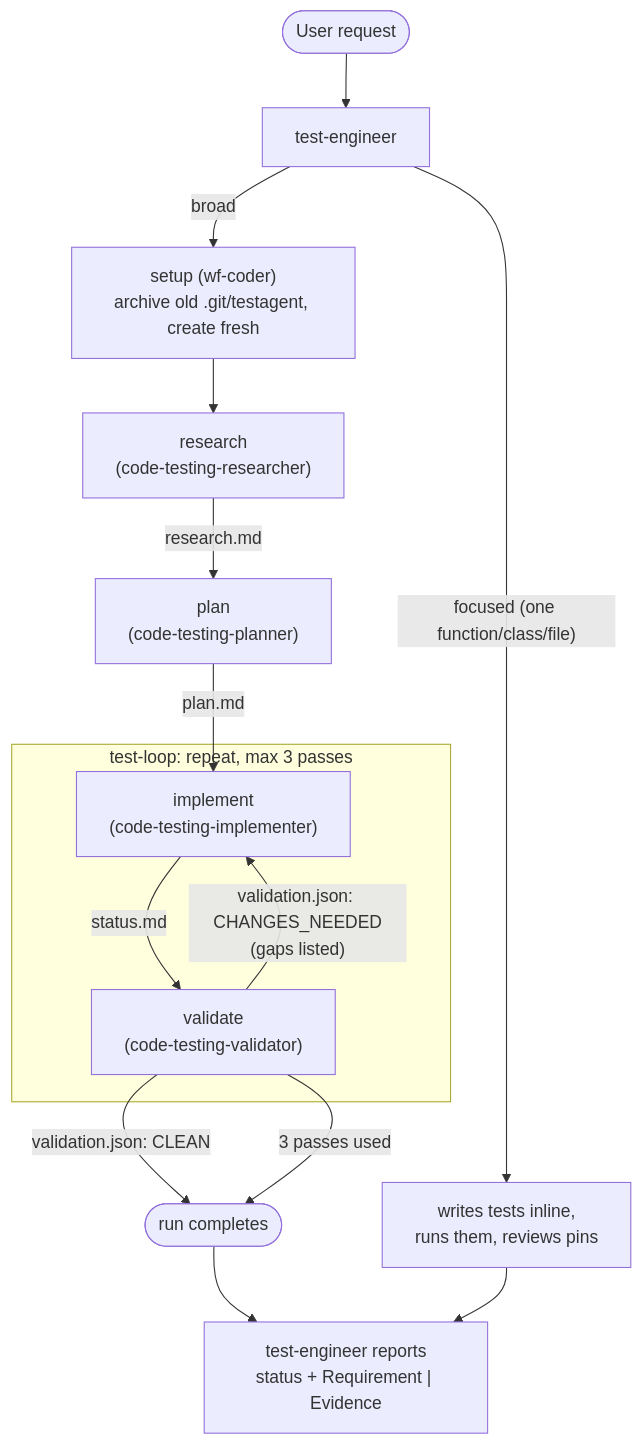
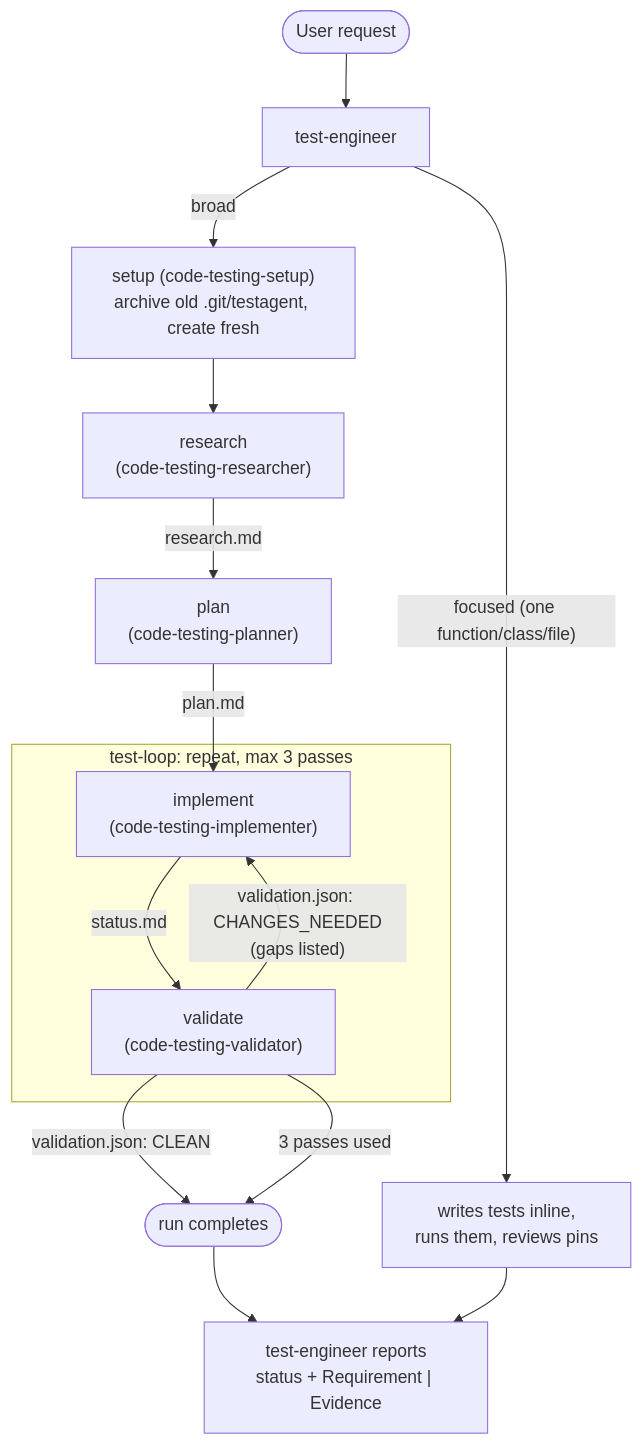
Before and after one commit to dwalleck/kiro-starter-kit: the diagram in plugins/dotnet-test-creator-v4/README.md, drawn with Mermaid. The commit also changed other lines of this file and 6 other files, not shown here.

````diff
--- a/plugins/dotnet-test-creator-v4/README.md
+++ b/plugins/dotnet-test-creator-v4/README.md
@@ -115,17 +131,17 @@
 ```mermaid
 flowchart TD
     User(["User request"]) --> TE["test-engineer"]
     TE -- "focused (one function/class/file)" --> Direct["writes tests inline,<br/>runs them, reviews pins"]
     TE -- "broad" --> Setup
-    Setup["setup (wf-coder)<br/>archive old .git/testagent, create fresh"] --> R
+    Setup["setup (code-testing-setup)<br/>archive old .git/testagent, create fresh"] --> R
     R["research<br/>(code-testing-researcher)"] -- research.md --> P["plan<br/>(code-testing-planner)"]
     P -- plan.md --> I
     subgraph Loop["test-loop: repeat, max 3 passes"]
         I["implement<br/>(code-testing-implementer)"] -- status.md --> V["validate<br/>(code-testing-validator)"]
     end
     V -- "validation.json: CHANGES_NEEDED<br/>(gaps listed)" --> I
     V -- "validation.json: CLEAN" --> Done(["run completes"])
     V -- "3 passes used" --> Done
     Done --> Report["test-engineer reports<br/>status + Requirement | Evidence"]
     Direct --> Report
 ```
````
